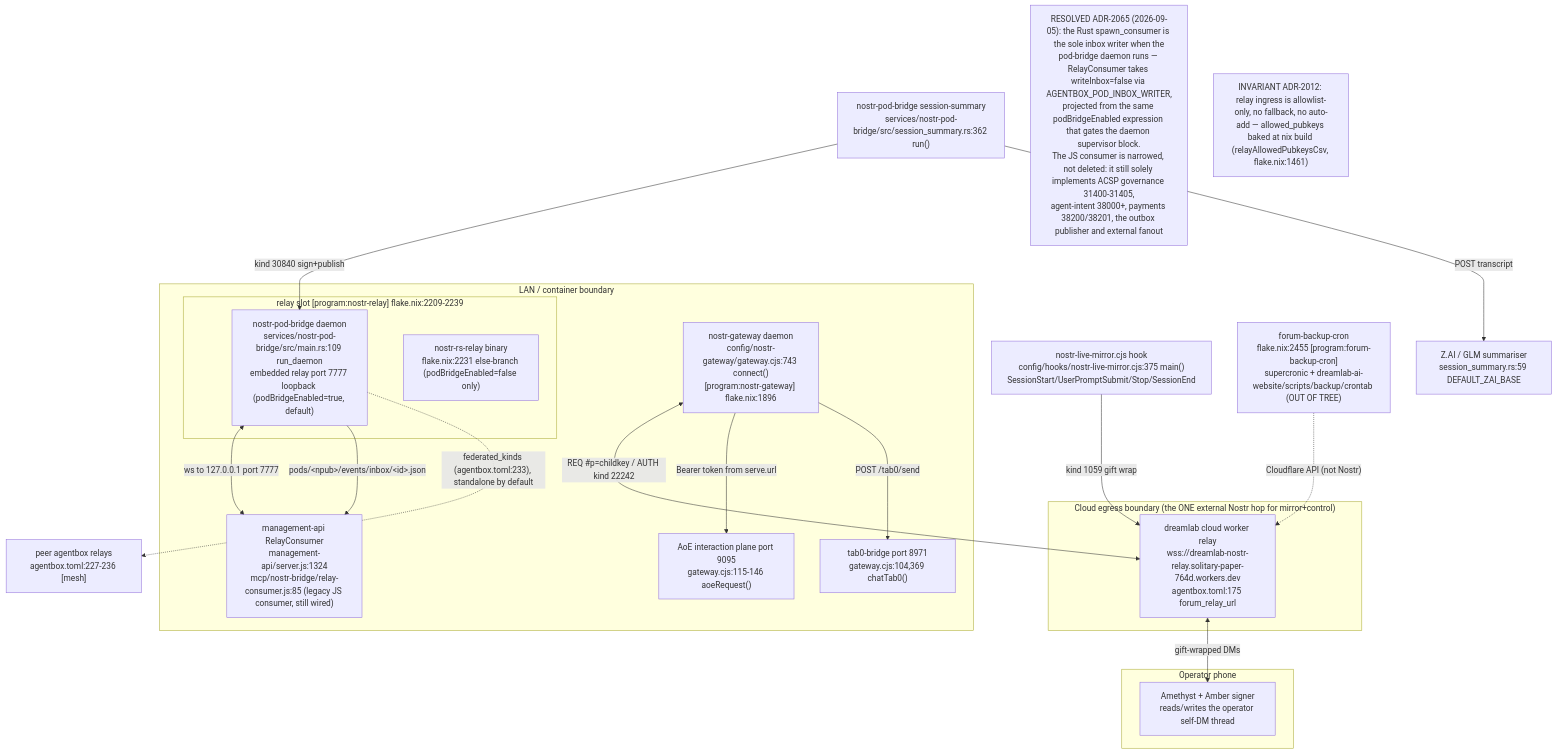
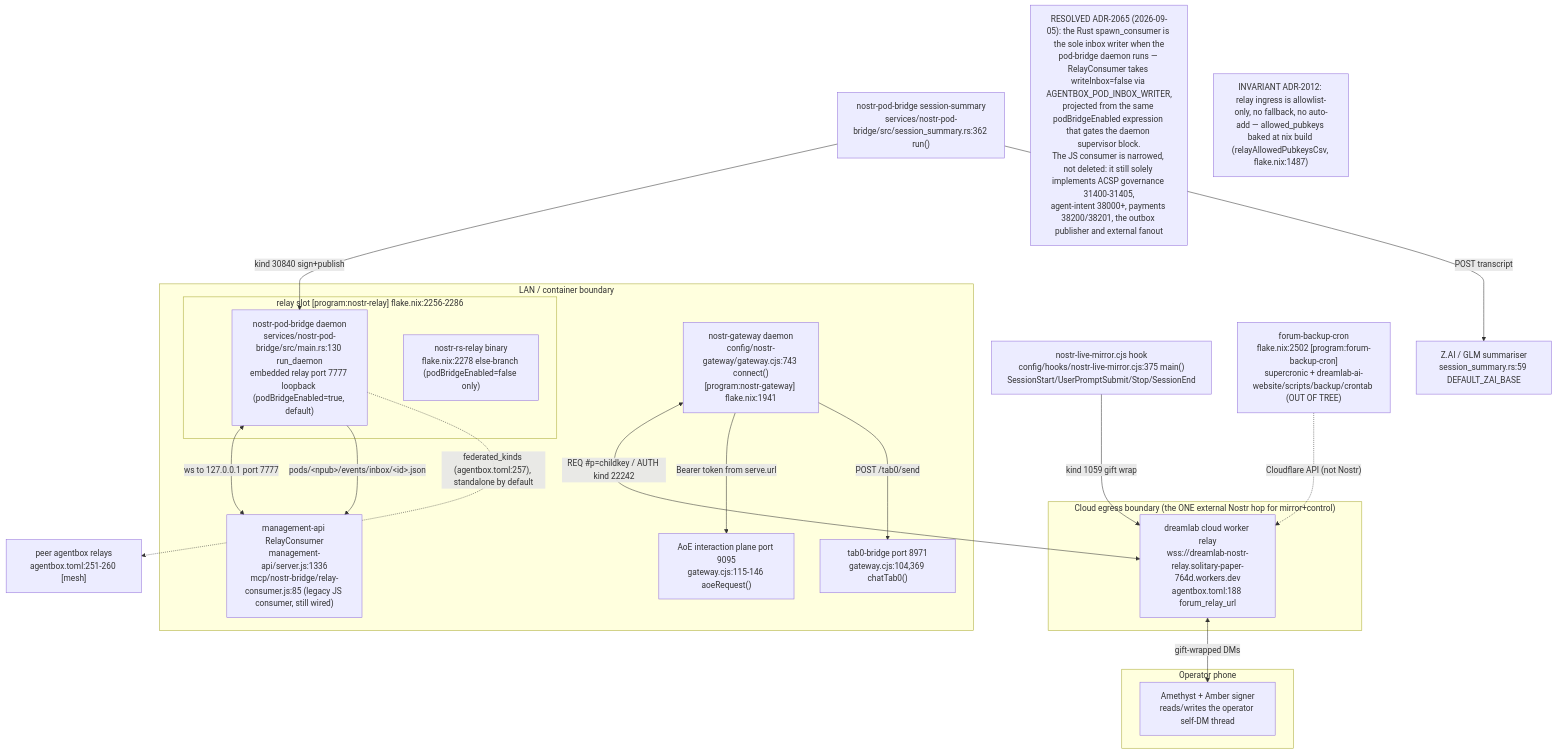
Before and after one commit to DreamLab-AI/VisionFlow: the first of 17 diagrams in docs/diagrams/agentbox/13-nostr-relay-gateway-bridge-mirror.md, drawn with Mermaid. The commit also changed other lines of this file and 28 other files, not shown here.

````diff
--- a/docs/diagrams/agentbox/13-nostr-relay-gateway-bridge-mirror.md
+++ b/docs/diagrams/agentbox/13-nostr-relay-gateway-bridge-mirror.md
@@ -42,39 +43,39 @@
 ```mermaid
 flowchart TB
     subgraph lan["LAN / container boundary"]
-        subgraph relayslot["relay slot [program:nostr-relay] flake.nix:2209-2239"]
-            PB["nostr-pod-bridge daemon<br/>services/nostr-pod-bridge/src/main.rs:109 run_daemon<br/>embedded relay port 7777 loopback (podBridgeEnabled=true, default)"]
-            RS["nostr-rs-relay binary<br/>flake.nix:2231 else-branch (podBridgeEnabled=false only)"]
+        subgraph relayslot["relay slot [program:nostr-relay] flake.nix:2256-2286"]
+            PB["nostr-pod-bridge daemon<br/>services/nostr-pod-bridge/src/main.rs:130 run_daemon<br/>embedded relay port 7777 loopback (podBridgeEnabled=true, default)"]
+            RS["nostr-rs-relay binary<br/>flake.nix:2278 else-branch (podBridgeEnabled=false only)"]
         end
-        GW["nostr-gateway daemon<br/>config/nostr-gateway/gateway.cjs:743 connect()<br/>[program:nostr-gateway] flake.nix:1896"]
-        MGMT["management-api RelayConsumer<br/>management-api/server.js:1324<br/>mcp/nostr-bridge/relay-consumer.js:85 (legacy JS consumer, still wired)"]
+        GW["nostr-gateway daemon<br/>config/nostr-gateway/gateway.cjs:743 connect()<br/>[program:nostr-gateway] flake.nix:1941"]
+        MGMT["management-api RelayConsumer<br/>management-api/server.js:1336<br/>mcp/nostr-bridge/relay-consumer.js:85 (legacy JS consumer, still wired)"]
         AOE["AoE interaction plane port 9095<br/>gateway.cjs:115-146 aoeRequest()"]
         TAB0["tab0-bridge port 8971<br/>gateway.cjs:104,369 chatTab0()"]
     end
     subgraph cloud["Cloud egress boundary (the ONE external Nostr hop for mirror+control)"]
-        CLOUD["dreamlab cloud worker relay<br/>wss://dreamlab-nostr-relay.solitary-paper-764d.workers.dev<br/>agentbox.toml:175 forum_relay_url"]
+        CLOUD["dreamlab cloud worker relay<br/>wss://dreamlab-nostr-relay.solitary-paper-764d.workers.dev<br/>agentbox.toml:188 forum_relay_url"]
     end
     subgraph phone["Operator phone"]
         AME["Amethyst + Amber signer<br/>reads/writes the operator self-DM thread"]
     end
     MIRROR["nostr-live-mirror.cjs hook<br/>config/hooks/nostr-live-mirror.cjs:375 main()<br/>SessionStart/UserPromptSubmit/Stop/SessionEnd"]
     DIGEST["nostr-pod-bridge session-summary<br/>services/nostr-pod-bridge/src/session_summary.rs:362 run()"]
     ZAI["Z.AI / GLM summariser<br/>session_summary.rs:59 DEFAULT_ZAI_BASE"]
-    FORUM["forum-backup-cron<br/>flake.nix:2455 [program:forum-backup-cron]<br/>supercronic + dreamlab-ai-website/scripts/backup/crontab (OUT OF TREE)"]
-    MESH["peer agentbox relays<br/>agentbox.toml:227-236 [mesh]"]
+    FORUM["forum-backup-cron<br/>flake.nix:2502 [program:forum-backup-cron]<br/>supercronic + dreamlab-ai-website/scripts/backup/crontab (OUT OF TREE)"]
+    MESH["peer agentbox relays<br/>agentbox.toml:251-260 [mesh]"]
 
     MIRROR -->|"kind 1059 gift wrap"| CLOUD
     GW <-->|"REQ #p=childkey / AUTH kind 22242"| CLOUD
     CLOUD <-->|"gift-wrapped DMs"| AME
     DIGEST -->|"kind 30840 sign+publish"| PB
     DIGEST -->|"POST transcript"| ZAI
     PB <-->|"ws to 127.0.0.1 port 7777"| MGMT
     PB -->|"pods/&lt;npub&gt;/events/inbox/&lt;id&gt;.json"| MGMT
     GW -->|"Bearer token from serve.url"| AOE
     GW -->|"POST /tab0/send"| TAB0
-    PB -.->|"federated_kinds (agentbox.toml:233), standalone by default"| MESH
+    PB -.->|"federated_kinds (agentbox.toml:257), standalone by default"| MESH
     FORUM -.->|"Cloudflare API (not Nostr)"| CLOUD
 
 N1["RESOLVED ADR-2065 (2026-09-05): the Rust spawn_consumer is the sole inbox writer when the<br/>pod-bridge daemon runs — RelayConsumer takes writeInbox=false via AGENTBOX_POD_INBOX_WRITER,<br/>projected from the same podBridgeEnabled expression that gates the daemon supervisor block.<br/>The JS consumer is narrowed, not deleted: it still solely implements ACSP governance 31400-31405,<br/>agent-intent 38000+, payments 38200/38201, the outbox publisher and external fanout"]
-    N2["INVARIANT ADR-2012: relay ingress is allowlist-only, no fallback, no auto-add — allowed_pubkeys baked at nix build (relayAllowedPubkeysCsv, flake.nix:1461)"]
+    N2["INVARIANT ADR-2012: relay ingress is allowlist-only, no fallback, no auto-add — allowed_pubkeys baked at nix build (relayAllowedPubkeysCsv, flake.nix:1487)"]
 ```
````
